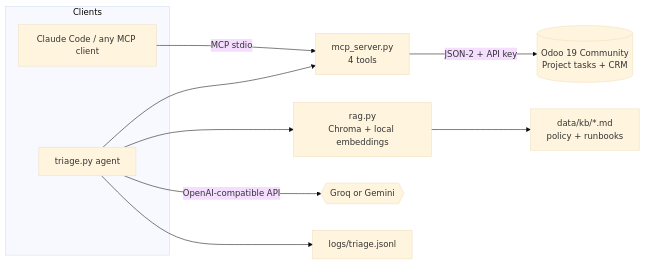
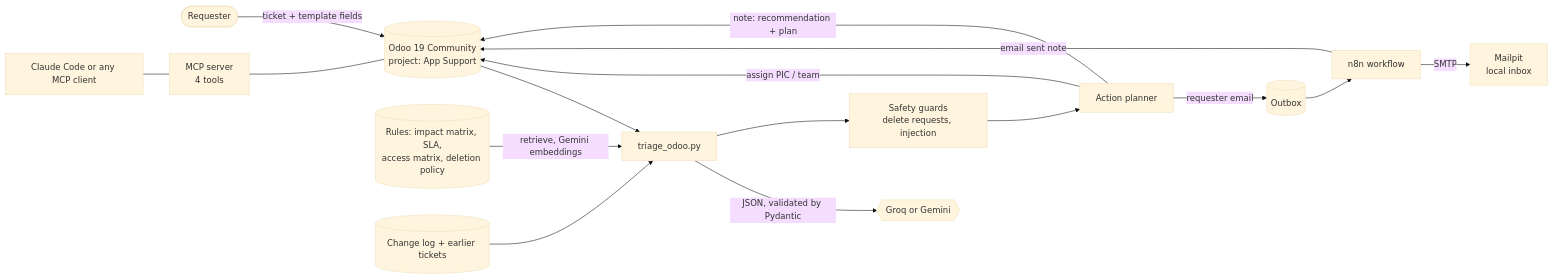
Before and after one commit to seppam/msp-ops-copilot: the diagram in README.md, drawn with Mermaid (base theme). The commit also changed other lines of this file and 4 other files, not shown here.

Commit message:
Full README documenting every phase, results, rules and run instructions; lab compose and API key script

````diff
--- a/README.md
+++ b/README.md
@@ -22,14 +9,18 @@
 ```mermaid
 flowchart LR
-    subgraph Clients
-        CC[Claude Code / any MCP client]
-        TR[triage.py agent]
-    end
-    CC -->|MCP stdio| MCP[mcp_server.py<br/>4 tools]
-    TR --> MCP
-    MCP -->|JSON-2 + API key| ODOO[(Odoo 19 Community<br/>Project tasks + CRM)]
-    TR --> RAG[rag.py<br/>Chroma + local embeddings]
-    RAG --> KB[data/kb/*.md<br/>policy + runbooks]
-    TR -->|OpenAI-compatible API| LLM{{Groq or Gemini}}
-    TR --> LOG[logs/triage.jsonl]
+    REQ([Requester]) -->|ticket + template fields| ODOO[(Odoo 19 Community<br/>project: App Support)]
+    ODOO --> TRI[triage_odoo.py]
+    KB[(Rules: impact matrix, SLA,<br/>access matrix, deletion policy)] -->|retrieve, Gemini embeddings| TRI
+    CHG[(Change log + earlier tickets)] --> TRI
+    TRI -->|JSON, validated by Pydantic| LLM{{Groq or Gemini}}
+    TRI --> G[Safety guards<br/>delete requests, injection]
+    G --> PLAN[Action planner]
+    PLAN -->|assign PIC / team| ODOO
+    PLAN -->|requester email| OUT[(Outbox)]
+    PLAN -->|note: recommendation + plan| ODOO
+    OUT --> N8N[n8n workflow]
+    N8N -->|SMTP| MAIL[Mailpit<br/>local inbox]
+    N8N -->|email sent note| ODOO
+    MCP[MCP server<br/>4 tools] --- ODOO
+    CC[Claude Code or any MCP client] --- MCP
 ```
````
